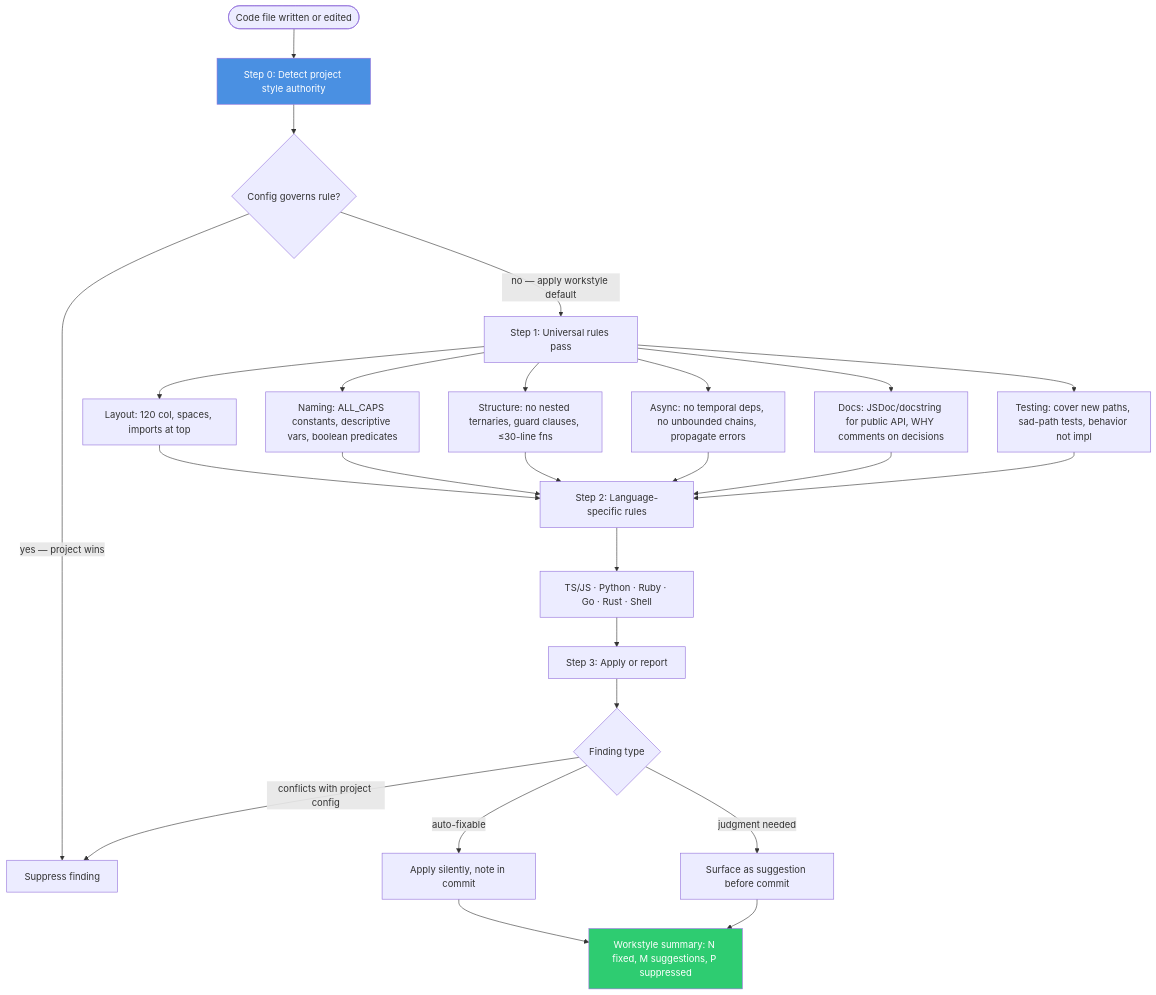
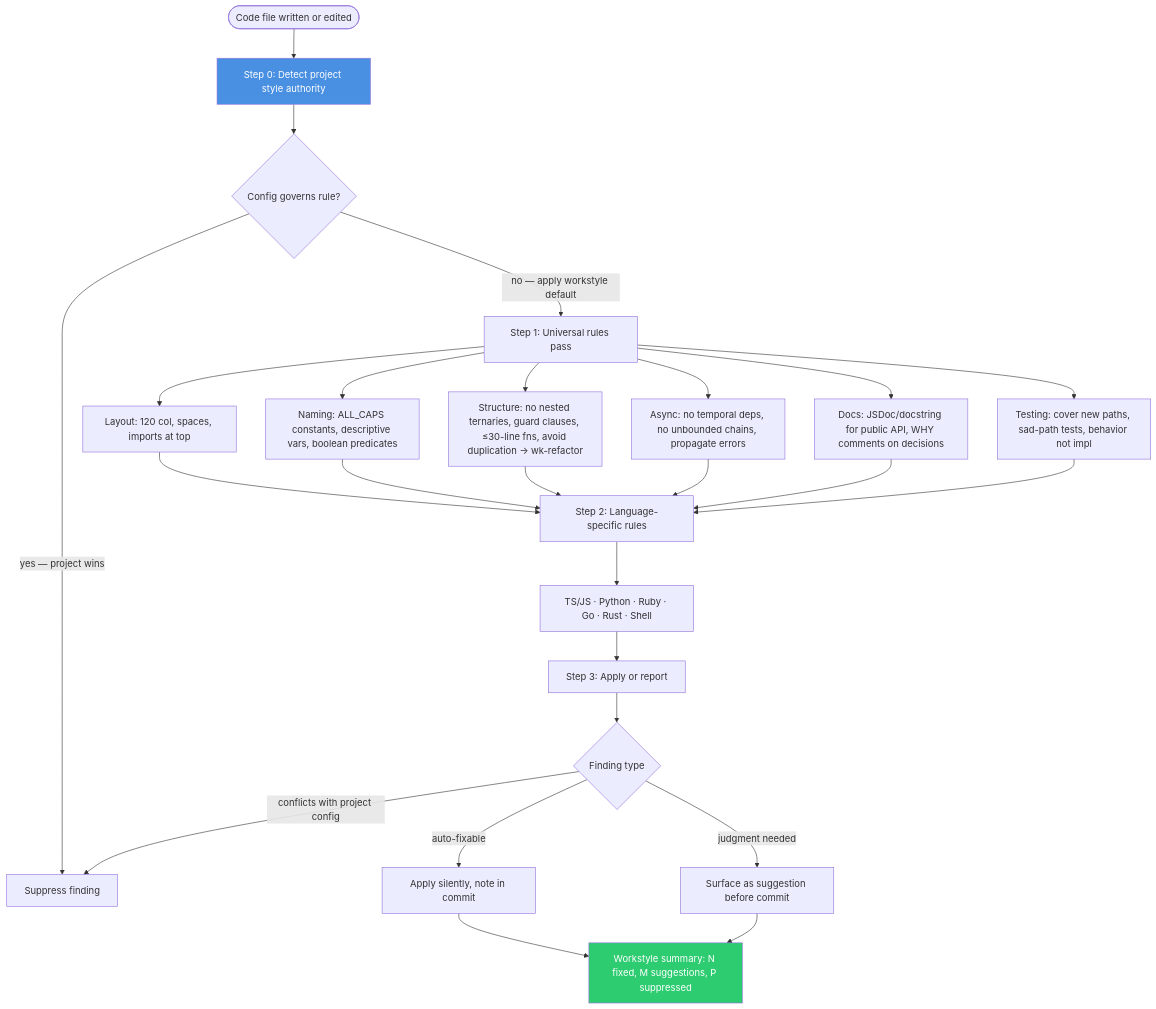
Before and after one commit to whizzzkid/skills: the diagram in skills/workstyle/README.md, drawn with Mermaid. The commit also changed 2 other files, not shown here.

Commit message:
🦾 sharpen(workstyle): 🛡️ avoid duplication + wk-refactor trigger threshold
New Structure-section rules:
- Avoid duplication: grep before pasting near-duplicate blocks; three
  in the diff or repo is the threshold for extracting a helper.
  Pure-coincidence similarity (same shape, unrelated semantics) is
  not duplication — do not force an abstraction across it.
- Invoke wk-refactor when duplication is frequent: ≥3 near-identical
  sites in the current change or ≥5 copies of a pattern being
  extended triggers lift → migrate → extend before adding behavior,
  aligning with wk-workflow's prefactor probe.

README diagram updated to surface the new bullets.

Generated with [wk-skills](https://github.com/whizzzkid/skills) and multiple models.

````diff
--- a/skills/workstyle/README.md
+++ b/skills/workstyle/README.md
@@ -14,28 +14,28 @@
 ```mermaid
 flowchart TD
     A([Code file written or edited]) --> B[Step 0: Detect project style authority]
     B --> C{Config governs rule?}
     C -->|yes — project wins| D[Suppress finding]
     C -->|no — apply workstyle default| E[Step 1: Universal rules pass]
 
     E --> E1[Layout: 120 col, spaces, imports at top]
     E --> E2[Naming: ALL_CAPS constants, descriptive vars, boolean predicates]
-    E --> E3[Structure: no nested ternaries, guard clauses, ≤30-line fns]
+    E --> E3[Structure: no nested ternaries, guard clauses, ≤30-line fns, avoid duplication → wk-refactor]
     E --> E4[Async: no temporal deps, no unbounded chains, propagate errors]
     E --> E5[Docs: JSDoc/docstring for public API, WHY comments on decisions]
     E --> E6[Testing: cover new paths, sad-path tests, behavior not impl]
 
     E1 & E2 & E3 & E4 & E5 & E6 --> F[Step 2: Language-specific rules]
     F --> F1[TS/JS · Python · Ruby · Go · Rust · Shell]
 
     F1 --> G[Step 3: Apply or report]
     G --> H{Finding type}
     H -->|auto-fixable| I[Apply silently, note in commit]
     H -->|judgment needed| J[Surface as suggestion before commit]
     H -->|conflicts with project config| D
 
     I & J --> K[Workstyle summary: N fixed, M suggestions, P suppressed]
 
     style B fill:#4a90e2,color:#fff
     style K fill:#2ecc71,color:#fff
 ```
````
